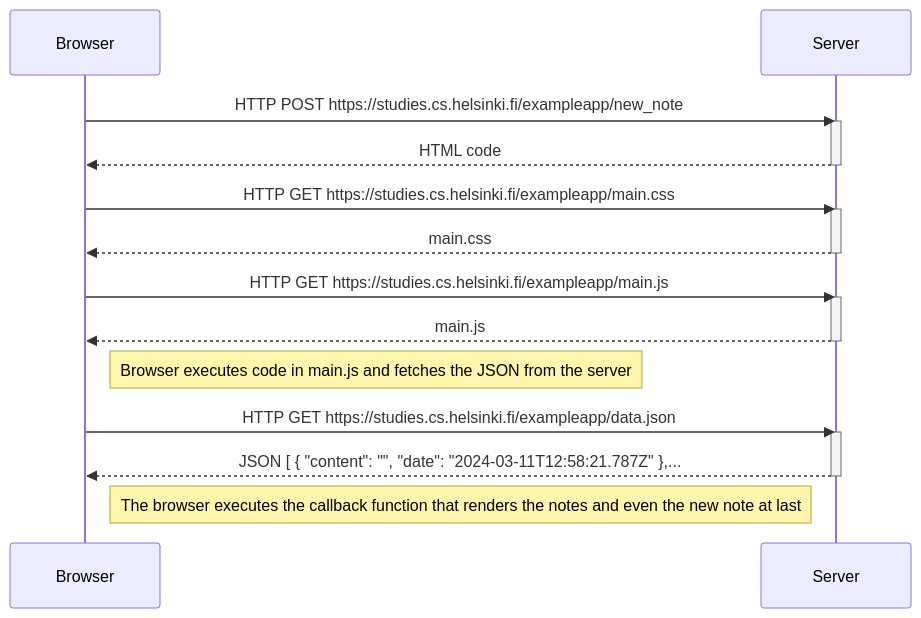
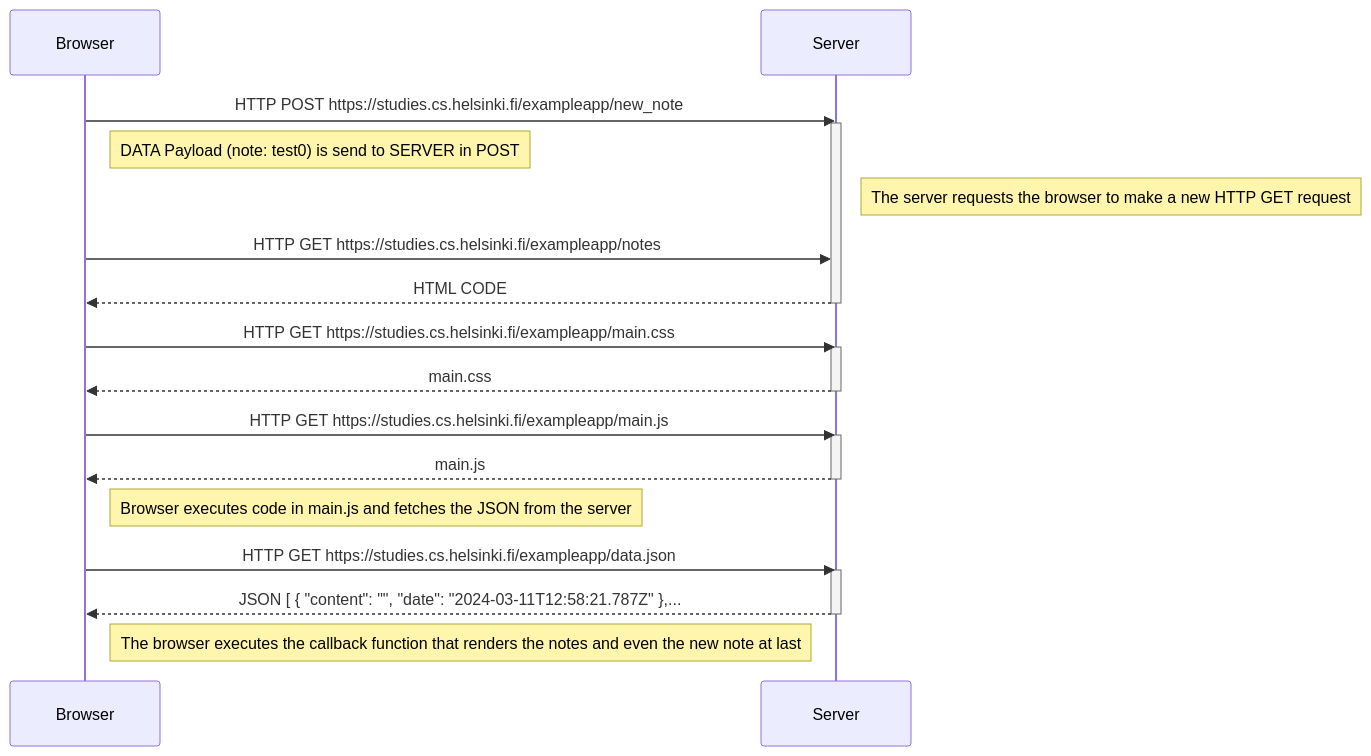
Before and after one commit to WhiteEdge19/Exercise-0.4: the diagram in SequenceDiagram_EX04.md, drawn with Mermaid.

````diff
--- a/SequenceDiagram_EX04.md
+++ b/SequenceDiagram_EX04.md
@@ -1,31 +1,37 @@
 ```mermaid
 sequenceDiagram
 
 participant A as Browser
 participant B as Server
 
 A ->> B :HTTP POST https://studies.cs.helsinki.fi/exampleapp/new_note
 activate B
-B -->> A : HTML code
+Note right of A:DATA Payload (note: test0) is send to SERVER in POST 
+
+Note right of B: The server requests the browser to make a new HTTP GET request
+A ->> B :HTTP GET https://studies.cs.helsinki.fi/exampleapp/notes
+B -->> A: HTML CODE 
 deactivate B
+
+
 
 A ->> B: HTTP GET https://studies.cs.helsinki.fi/exampleapp/main.css
 activate B
 B -->> A : main.css
 deactivate B
 
 A ->> B : HTTP GET https://studies.cs.helsinki.fi/exampleapp/main.js
 activate B
 B -->> A: main.js
 deactivate B
 
 Note right of A: Browser executes code in  main.js and  fetches the JSON from the server
 
 A ->> B : HTTP GET https://studies.cs.helsinki.fi/exampleapp/data.json
 activate B
 B -->> A: JSON  [ {  "content": "",   "date": "2024-03-11T12:58:21.787Z" },...
 deactivate B
 
 Note right of A: The browser executes the callback function that renders the notes and even the new note  at last
  
 ```
````
